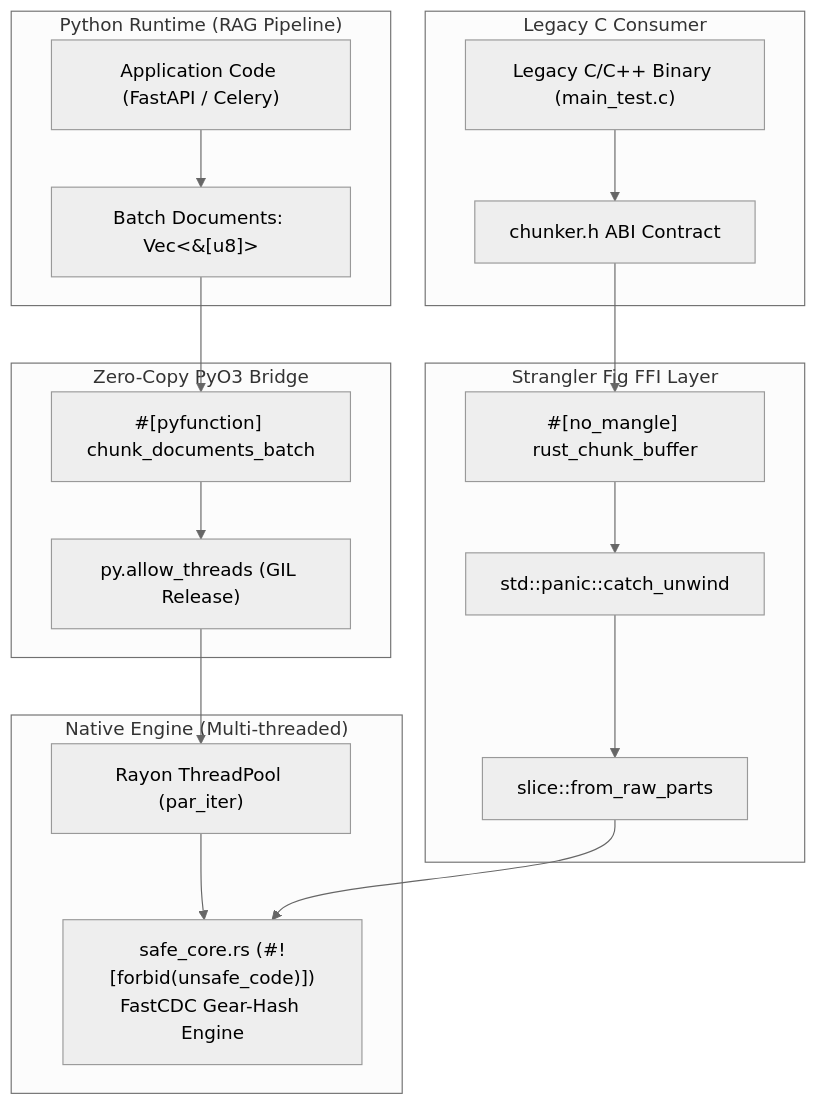
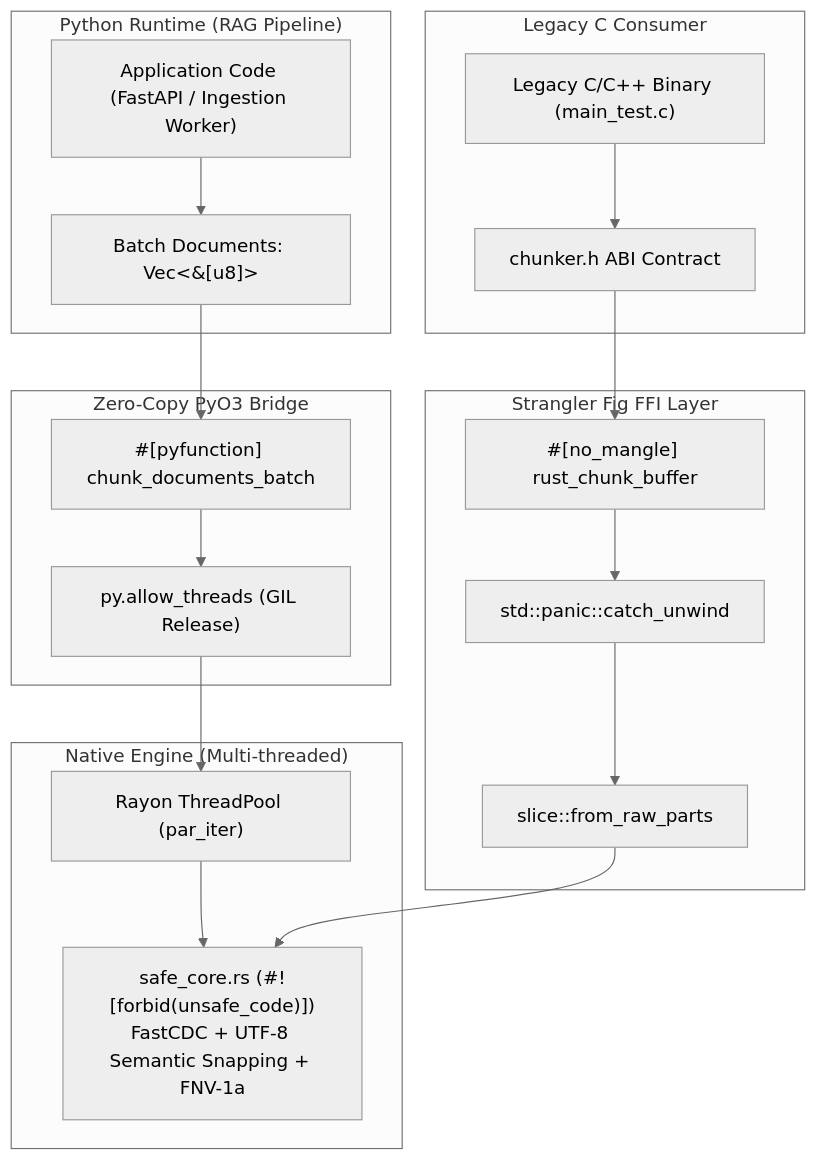
Before and after one commit to mjlelis/fast-rag-chunker: the second of 3 diagrams in README.md, drawn with Mermaid (neutral theme). The commit also changed other lines of this file and 5 other files, not shown here.

Commit message:
feat: add UTF-8 semantic boundary snapping, FNV-1a fingerprinting and RAG deduplication benchmarks

````diff
--- a/README.md
+++ b/README.md
@@ -45,40 +88,40 @@
 ```mermaid
 flowchart TD
     subgraph PythonLayer["Python Runtime (RAG Pipeline)"]
-        PyApp["Application Code (FastAPI / Celery)"]
+        PyApp["Application Code (FastAPI / Ingestion Worker)"]
         PyDocs["Batch Documents: Vec<&[u8]>"]
     end
 
     subgraph PyO3Layer["Zero-Copy PyO3 Bridge"]
         PyFunc["#[pyfunction] chunk_documents_batch"]
         AllowThreads["py.allow_threads (GIL Release)"]
     end
 
     subgraph RustLayer["Native Engine (Multi-threaded)"]
         Rayon["Rayon ThreadPool (par_iter)"]
-        SafeCore["safe_core.rs (#![forbid(unsafe_code)])<br/>FastCDC Gear-Hash Engine"]
+        SafeCore["safe_core.rs (#![forbid(unsafe_code)])<br/>FastCDC + UTF-8 Semantic Snapping + FNV-1a"]
     end
 
     subgraph FFISanitizer["Strangler Fig FFI Layer"]
         CABI["#[no_mangle] rust_chunk_buffer"]
         CatchUnwind["std::panic::catch_unwind"]
         SliceConv["slice::from_raw_parts"]
     end
 
     subgraph LegacyC["Legacy C Consumer"]
         CApp["Legacy C/C++ Binary (main_test.c)"]
         CHeader["chunker.h ABI Contract"]
     end
 
     PyApp --> PyDocs
     PyDocs --> PyFunc
     PyFunc --> AllowThreads
     AllowThreads --> Rayon
     Rayon --> SafeCore
 
     CApp --> CHeader
     CHeader --> CABI
     CABI --> CatchUnwind
     CatchUnwind --> SliceConv
     SliceConv --> SafeCore
 ```
````
